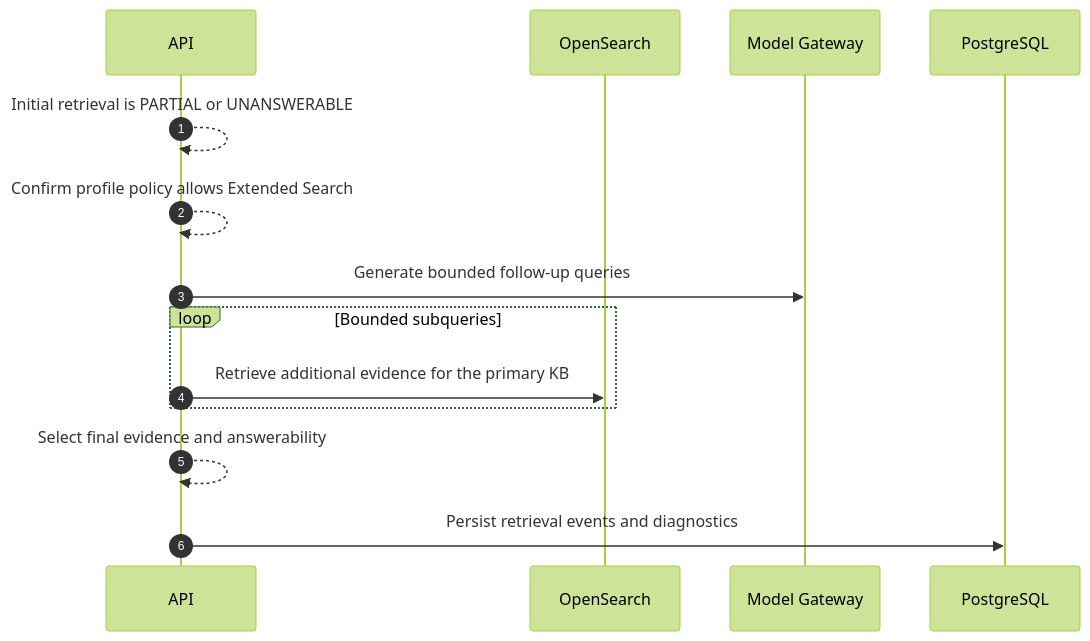
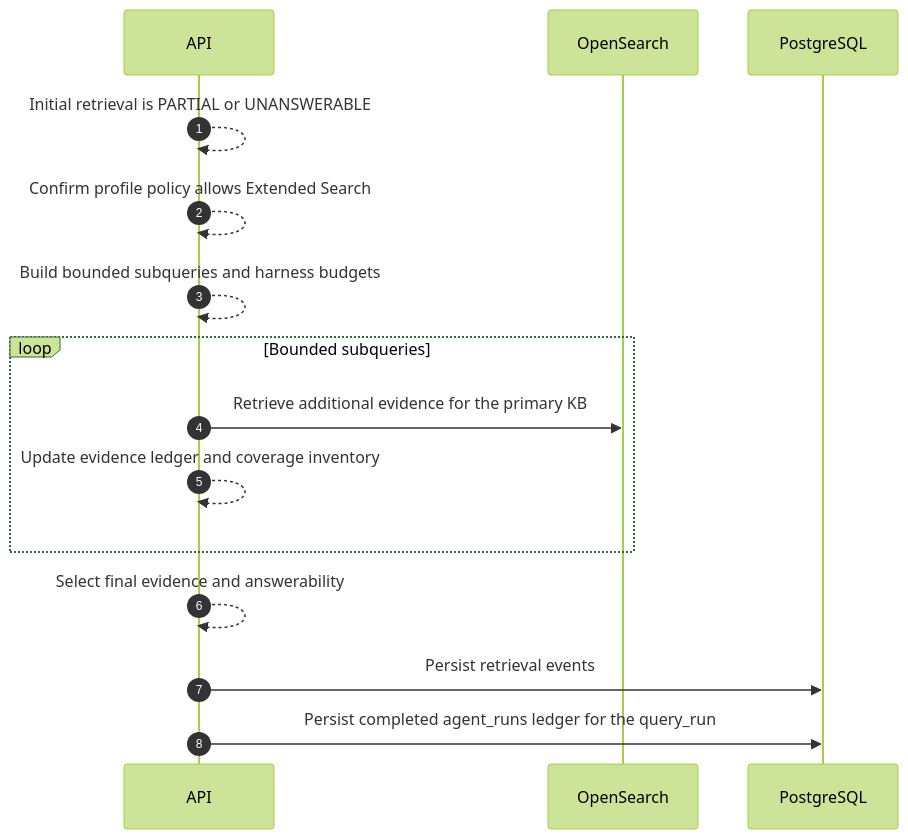
One commit to StickyClown/Wikipedia-RAG changed the seventh of 10 diagrams in docs/architecture/flows.md. Above: the diagram before and after it, drawn with Mermaid (forest theme). The commit also changed other lines of this file and 51 other files, not shown here.

````diff
--- a/docs/architecture/flows.md
+++ b/docs/architecture/flows.md
@@ -174,17 +174,18 @@
 ```mermaid
 sequenceDiagram
     autonumber
     participant API as API
     participant OS as OpenSearch
-    participant GW as Model Gateway
     participant DB as PostgreSQL
 
     API-->>API: Initial retrieval is PARTIAL or UNANSWERABLE
     API-->>API: Confirm profile policy allows Extended Search
-    API->>GW: Generate bounded follow-up queries
+    API-->>API: Build bounded subqueries and harness budgets
     loop Bounded subqueries
         API->>OS: Retrieve additional evidence for the primary KB
+        API-->>API: Update evidence ledger and coverage inventory
     end
     API-->>API: Select final evidence and answerability
-    API->>DB: Persist retrieval events and diagnostics
+    API->>DB: Persist retrieval events
+    API->>DB: Persist completed agent_runs ledger for the query_run
 ```
````
